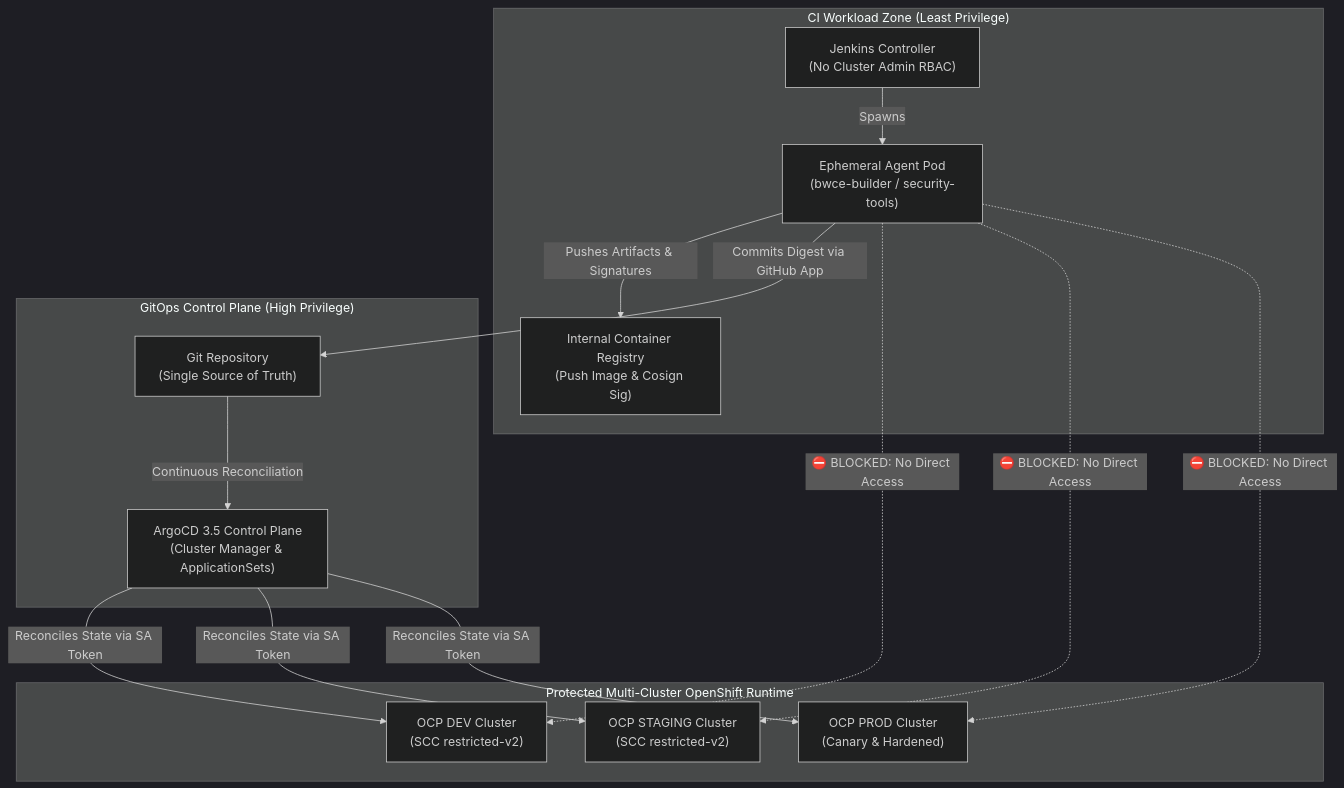
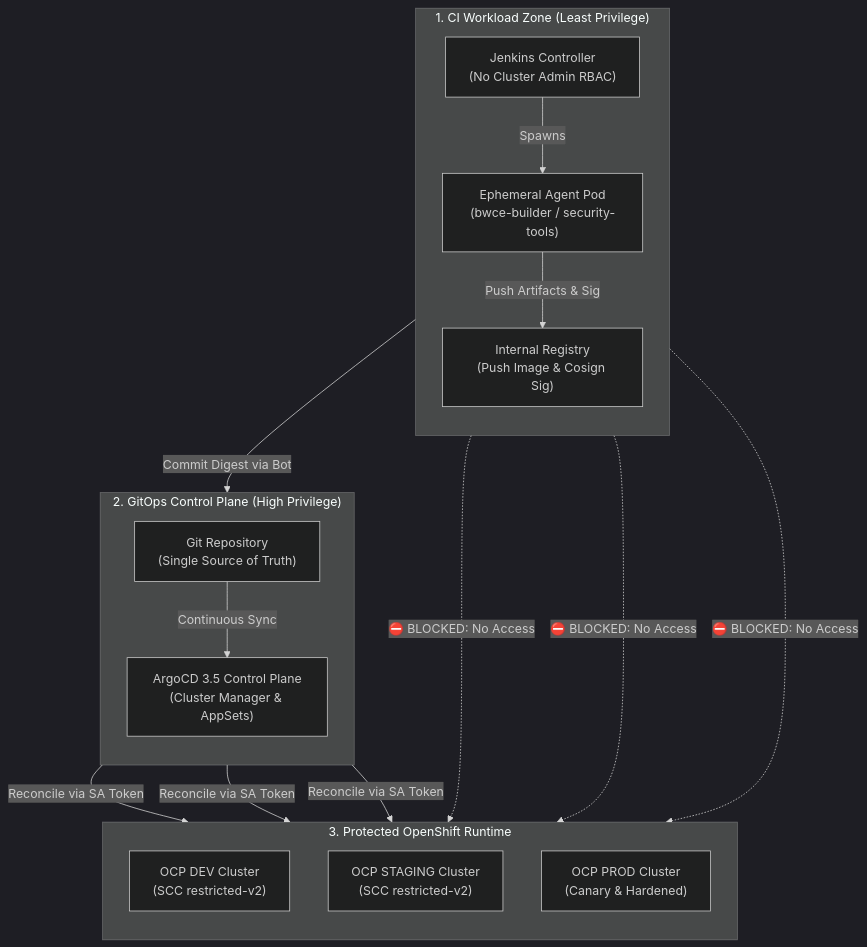
One commit to nubenetes/jenkins-without-git-parameter-bwce changed diagram 13 of 15 in README.md. Above: the diagram before and after it, drawn with Mermaid (dark theme). The commit also changed other lines of this file, not shown here.

Commit message:
fix(mermaid): comprehensive overhaul of all diagrams (topology, PR preview, promotion, zero-trust) to prevent text clipping

````diff
--- a/README.md
+++ b/README.md
@@ -842,32 +843,35 @@
 ```mermaid
 flowchart TB
-    subgraph UntrustedZone["CI Workload Zone (Least Privilege)"]
+    subgraph UntrustedZone["1. CI Workload Zone (Least Privilege)"]
+        direction TB
         JenkinsMaster["Jenkins Controller<br/>(No Cluster Admin RBAC)"]
         JenkinsAgent["Ephemeral Agent Pod<br/>(bwce-builder / security-tools)"]
-        Registry["Internal Container Registry<br/>(Push Image & Cosign Sig)"]
+        Registry["Internal Registry<br/>(Push Image & Cosign Sig)"]
     end
 
-    subgraph GitOpsTrustZone["GitOps Control Plane (High Privilege)"]
+    subgraph GitOpsTrustZone["2. GitOps Control Plane (High Privilege)"]
+        direction TB
         GitRepo["Git Repository<br/>(Single Source of Truth)"]
-        ArgoCD["ArgoCD 3.5 Control Plane<br/>(Cluster Manager & ApplicationSets)"]
+        ArgoCD["ArgoCD 3.5 Control Plane<br/>(Cluster Manager & AppSets)"]
     end
 
-    subgraph WorkloadClusters["Protected Multi-Cluster OpenShift Runtime"]
+    subgraph WorkloadClusters["3. Protected OpenShift Runtime"]
+        direction TB
         DEV["OCP DEV Cluster<br/>(SCC restricted-v2)"]
         STG["OCP STAGING Cluster<br/>(SCC restricted-v2)"]
         PRD["OCP PROD Cluster<br/>(Canary & Hardened)"]
     end
 
-    JenkinsMaster -->|Spawns| JenkinsAgent
-    JenkinsAgent -->|"Pushes Artifacts & Signatures"| Registry
-    JenkinsAgent -->|"Commits Digest via GitHub App"| GitRepo
+    JenkinsMaster -->|"Spawns"| JenkinsAgent
+    JenkinsAgent -->|"Push Artifacts & Sig"| Registry
+    JenkinsAgent -->|"Commit Digest via Bot"| GitRepo
     
-    JenkinsAgent -.->|"⛔ BLOCKED: No Direct Access"| DEV
-    JenkinsAgent -.->|"⛔ BLOCKED: No Direct Access"| STG
-    JenkinsAgent -.->|"⛔ BLOCKED: No Direct Access"| PRD
+    JenkinsAgent -.->|"⛔ BLOCKED: No Access"| DEV
+    JenkinsAgent -.->|"⛔ BLOCKED: No Access"| STG
+    JenkinsAgent -.->|"⛔ BLOCKED: No Access"| PRD
 
-    GitRepo -->|"Continuous Reconciliation"| ArgoCD
-    ArgoCD -->|"Reconciles State via SA Token"| DEV
-    ArgoCD -->|"Reconciles State via SA Token"| STG
-    ArgoCD -->|"Reconciles State via SA Token"| PRD
+    GitRepo -->|"Continuous Sync"| ArgoCD
+    ArgoCD -->|"Reconcile via SA Token"| DEV
+    ArgoCD -->|"Reconcile via SA Token"| STG
+    ArgoCD -->|"Reconcile via SA Token"| PRD
 ```
````
